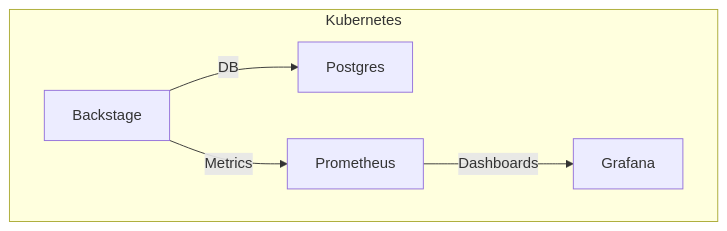
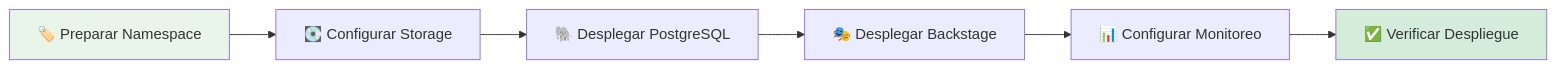
Before and after one commit to Portfolio-jaime/Backstage-Manual: the second of 3 diagrams in Manifest/README.md, drawn with Mermaid. The commit also changed other lines of this file and 14 other files, not shown here.

````diff
--- a/Manifest/README.md
+++ b/Manifest/README.md
@@ -19,8 +82,11 @@
 ```mermaid
-graph TD;
-  subgraph Kubernetes
-    A[Backstage] -- DB --> B[Postgres]
-    A -- Metrics --> C[Prometheus]
-    C -- Dashboards --> D[Grafana]
-  end
+flowchart LR
+    A[🏷️ Preparar Namespace] --> B[💽 Configurar Storage]
+    B --> C[🐘 Desplegar PostgreSQL]
+    C --> D[🎭 Desplegar Backstage]
+    D --> E[📊 Configurar Monitoreo]
+    E --> F[✅ Verificar Despliegue]
+
+    style A fill:#e8f5e8
+    style F fill:#d4edda
 ```
````
